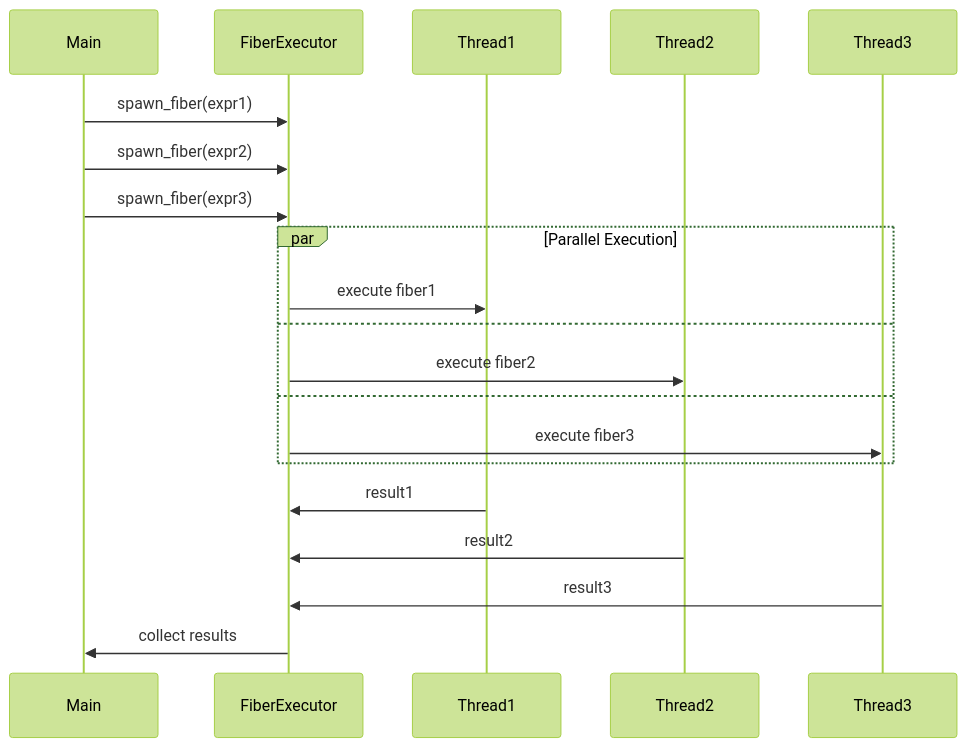
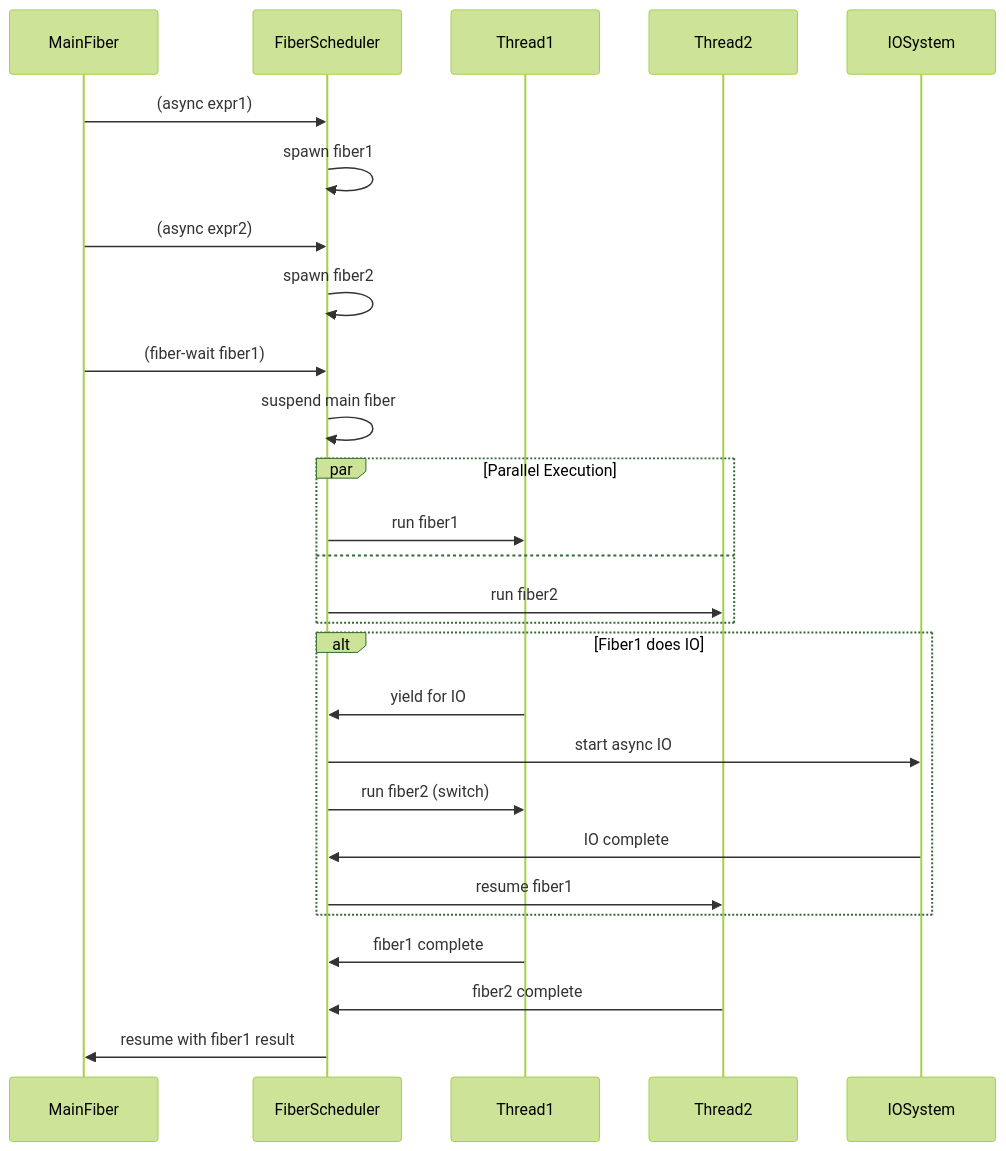
One commit to MatrixMike/twine changed the second of 3 diagrams in design.md. Above: the diagram before and after it, drawn with Mermaid (forest theme). The commit also changed other lines of this file and 1 other file, not shown here.

````diff
--- a/design.md
+++ b/design.md
@@ -532,26 +745,33 @@
 ```mermaid
 sequenceDiagram
-    participant Main
-    participant FiberExecutor
+    participant MainFiber
+    participant FiberScheduler
     participant Thread1
     participant Thread2
-    participant Thread3
+    participant IOSystem
 
-    Main->>FiberExecutor: spawn_fiber(expr1)
-    Main->>FiberExecutor: spawn_fiber(expr2)
-    Main->>FiberExecutor: spawn_fiber(expr3)
+    MainFiber->>FiberScheduler: (async expr1)
+    FiberScheduler->>FiberScheduler: spawn fiber1
+    MainFiber->>FiberScheduler: (async expr2)
+    FiberScheduler->>FiberScheduler: spawn fiber2
+    MainFiber->>FiberScheduler: (fiber-wait fiber1)
+    FiberScheduler->>FiberScheduler: suspend main fiber
 
     par Parallel Execution
-        FiberExecutor->>Thread1: execute fiber1
+        FiberScheduler->>Thread1: run fiber1
         and
-        FiberExecutor->>Thread2: execute fiber2
-        and
-        FiberExecutor->>Thread3: execute fiber3
+        FiberScheduler->>Thread2: run fiber2
     end
 
-    Thread1->>FiberExecutor: result1
-    Thread2->>FiberExecutor: result2
-    Thread3->>FiberExecutor: result3
+    alt Fiber1 does IO
+        Thread1->>FiberScheduler: yield for IO
+        FiberScheduler->>IOSystem: start async IO
+        FiberScheduler->>Thread1: run fiber2 (switch)
+        IOSystem->>FiberScheduler: IO complete
+        FiberScheduler->>Thread2: resume fiber1
+    end
 
-    FiberExecutor->>Main: collect results
+    Thread1->>FiberScheduler: fiber1 complete
+    Thread2->>FiberScheduler: fiber2 complete
+    FiberScheduler->>MainFiber: resume with fiber1 result
 ```
````
